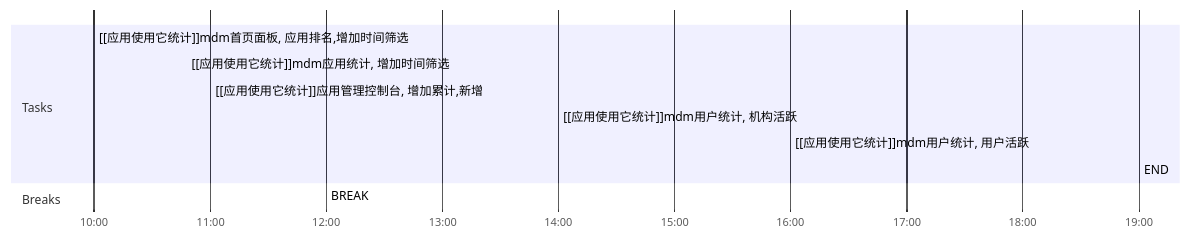
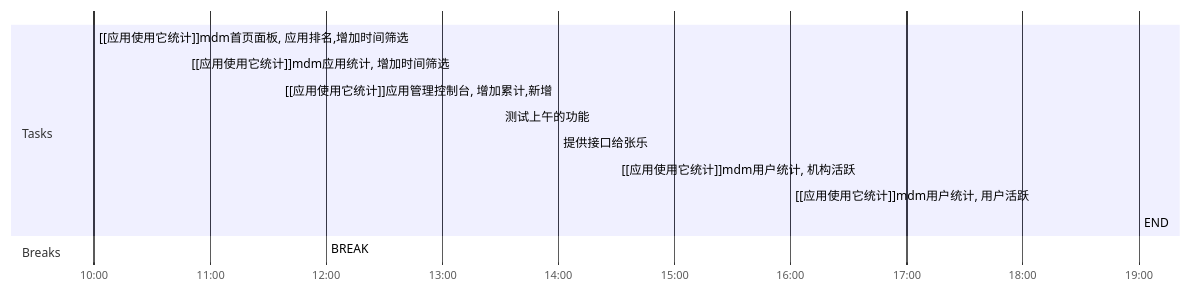
One commit to yangld/learn changed the diagram in Day Planners/Day Planner-20211116.md. Above: the diagram before and after it, drawn with Mermaid. The commit also changed other lines of this file and 2 other files, not shown here.

Commit message:
vault backup: 2021-11-16 12:02:19
Affected files:
.obsidian/workspace
3\345\267\245\344\275\234\346\227\245\345\277\227/2021-11-15.md
Day Planners/Day Planner-20211116.md

````diff
--- a/Day Planners/Day Planner-20211116.md
+++ b/Day Planners/Day Planner-20211116.md
@@ -2,15 +2,17 @@
 ```mermaid
 gantt
     dateFormat  HH-mm
     axisFormat %H:%M
-    %% Current Time: 上午11:02:03
+    %% Current Time: 下午12:02:15
     section Tasks
     [[应用使用它统计]]mdm首页面板, 应用排名,增加时间筛选     :10-00, 48mm
-    [[应用使用它统计]]mdm应用统计, 增加时间筛选     :10-48, 12mm
-    [[应用使用它统计]]应用管理控制台, 增加累计,新增     :11-00, 60mm
-    [[应用使用它统计]]mdm用户统计, 机构活跃     :14-00, 120mm
+    [[应用使用它统计]]mdm应用统计, 增加时间筛选     :10-48, 48mm
+    [[应用使用它统计]]应用管理控制台, 增加累计,新增     :11-36, 24mm
+    测试上午的功能     :13-30, 30mm
+    提供接口给张乐     :14-00, 30mm
+    [[应用使用它统计]]mdm用户统计, 机构活跃     :14-30, 90mm
     [[应用使用它统计]]mdm用户统计, 用户活跃     :16-00, 180mm
     END     :19-00, 0mm
     section Breaks
-    BREAK     :12-00, 120mm
+    BREAK     :12-00, 90mm
 ```
````
